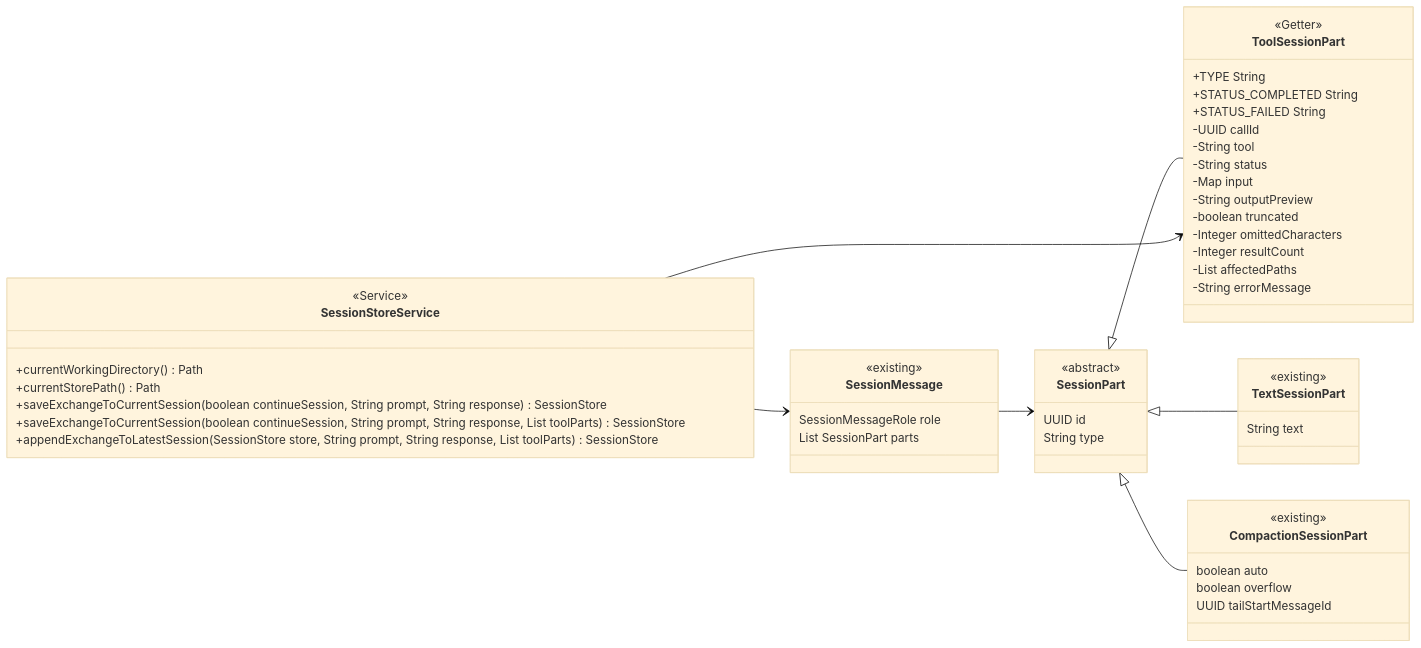
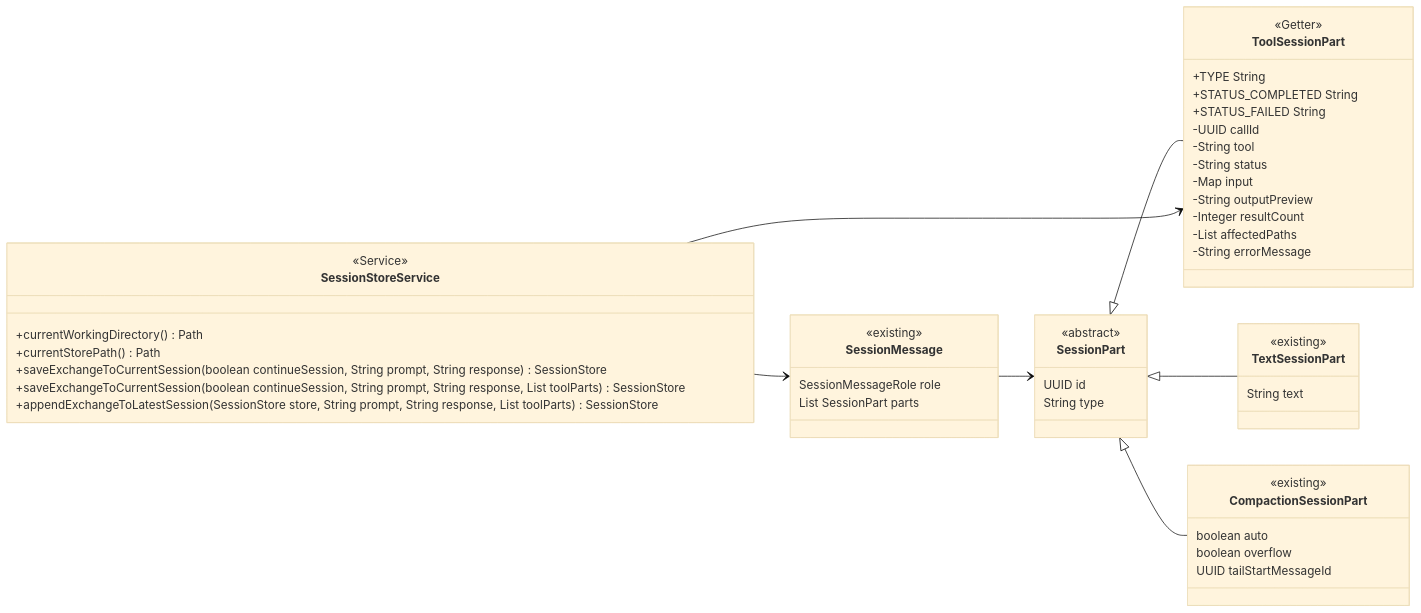
Before and after one commit to codegeist-ai/codegeist: the fifth of 6 diagrams in docs/tasks/T007_build-codegeist-runtime-harness/mcp-and-readwrite-tools-implementation-plan.md, drawn with Mermaid (base theme). The commit also changed other lines of this file and 46 other files, not shown here.

````diff
--- a/docs/tasks/T007_build-codegeist-runtime-harness/mcp-and-readwrite-tools-implementation-plan.md
+++ b/docs/tasks/T007_build-codegeist-runtime-harness/mcp-and-readwrite-tools-implementation-plan.md
@@ -476,66 +471,64 @@
 ```mermaid
 classDiagram
     direction LR
 
     class SessionPart {
       <<abstract>>
       <<JsonTypeInfo>>
       <<JsonSubTypes>>
       UUID id
       String type
     }
 
     class TextSessionPart {
       <<existing>>
       String text
     }
 
     class CompactionSessionPart {
       <<existing>>
       boolean auto
       boolean overflow
       UUID tailStartMessageId
     }
 
     class ToolSessionPart {
       <<Getter>>
       <<Setter>>
       <<JsonCreator>>
       +TYPE String
       +STATUS_COMPLETED String
       +STATUS_FAILED String
       -UUID callId
       -String tool
       -String status
       -Map input
       -String outputPreview
-      -boolean truncated
-      -Integer omittedCharacters
       -Integer resultCount
       -List affectedPaths
       -String errorMessage
     }
 
     class SessionStoreService {
       <<Service>>
       <<RequiredArgsConstructor>>
       +currentWorkingDirectory() Path
       +currentStorePath() Path
       +saveExchangeToCurrentSession(boolean continueSession, String prompt, String response) SessionStore
       +saveExchangeToCurrentSession(boolean continueSession, String prompt, String response, List toolParts) SessionStore
       +appendExchangeToLatestSession(SessionStore store, String prompt, String response, List toolParts) SessionStore
     }
 
     class SessionMessage {
       <<existing>>
       SessionMessageRole role
       List SessionPart parts
     }
 
     SessionPart <|-- TextSessionPart
     SessionPart <|-- CompactionSessionPart
     SessionPart <|-- ToolSessionPart
     SessionStoreService --> ToolSessionPart
     SessionStoreService --> SessionMessage
     SessionMessage --> SessionPart
 ```
````
